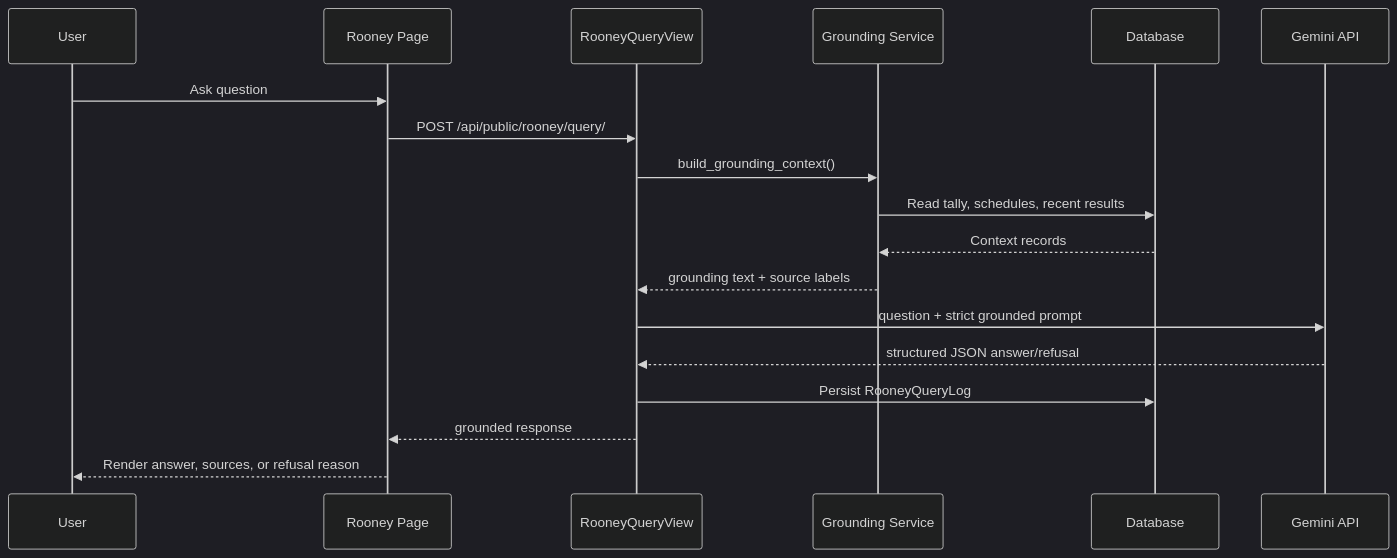
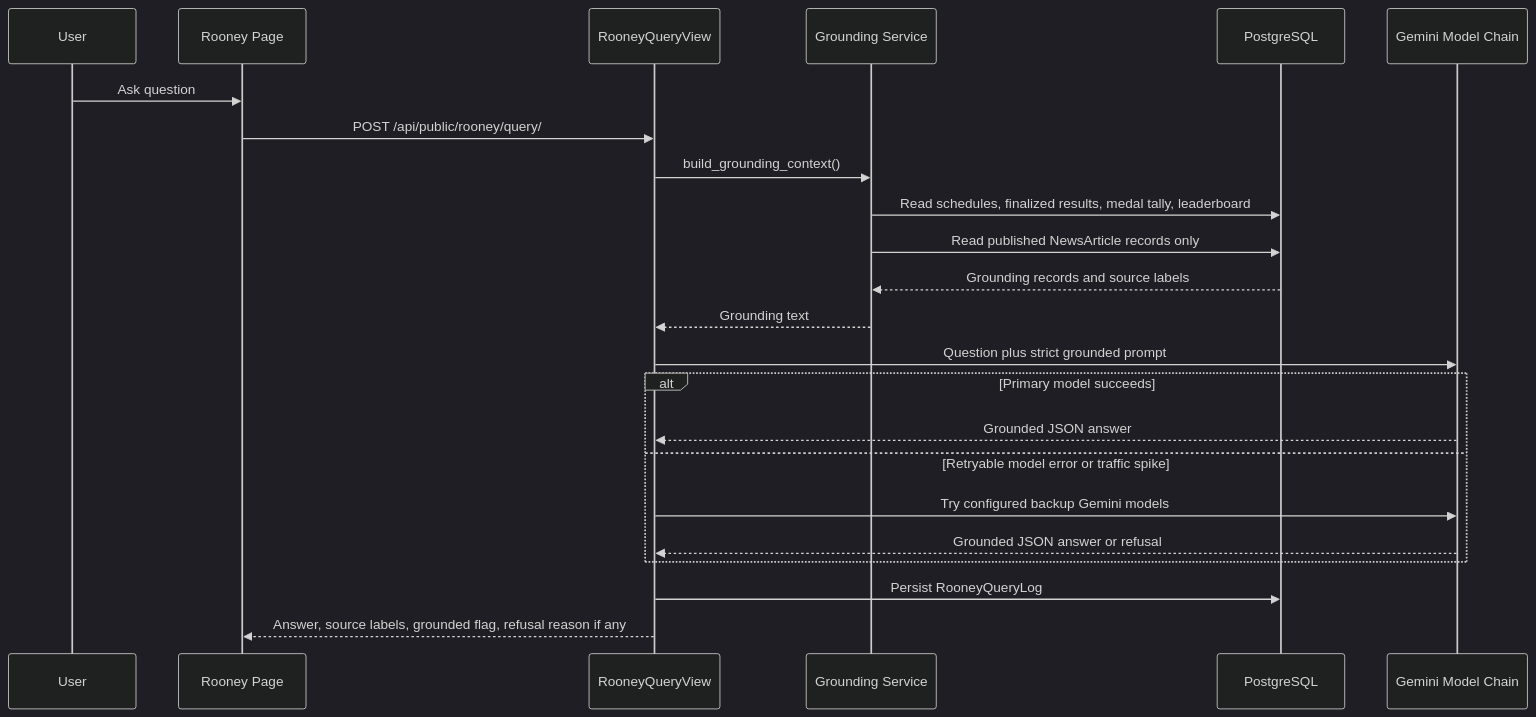
Diagram 13 of 14 in architecture/06-runtime-flows.md (avocadoise/EnvergaArena), drawn with Mermaid (dark theme) before and after one commit. The commit also changed other lines of this file and 1 other file, not shown here.

Commit message:
feat: enhance security documentation with detailed authentication flow and token management

````diff
--- a/architecture/06-runtime-flows.md
+++ b/architecture/06-runtime-flows.md
@@ -130,21 +319,26 @@
 ```mermaid
 sequenceDiagram
     participant U as User
     participant FE as Rooney Page
     participant API as RooneyQueryView
     participant G as Grounding Service
-    participant DB as Database
-    participant LLM as Gemini API
+    participant DB as PostgreSQL
+    participant LLM as Gemini Model Chain
 
     U->>FE: Ask question
     FE->>API: POST /api/public/rooney/query/
     API->>G: build_grounding_context()
-    G->>DB: Read tally, schedules, recent results
-    DB-->>G: Context records
-    G-->>API: grounding text + source labels
-    API->>LLM: question + strict grounded prompt
-    LLM-->>API: structured JSON answer/refusal
+    G->>DB: Read schedules, finalized results, medal tally, leaderboard
+    G->>DB: Read published NewsArticle records only
+    DB-->>G: Grounding records and source labels
+    G-->>API: Grounding text
+    API->>LLM: Question plus strict grounded prompt
+    alt Primary model succeeds
+        LLM-->>API: Grounded JSON answer
+    else Retryable model error or traffic spike
+        API->>LLM: Try configured backup Gemini models
+        LLM-->>API: Grounded JSON answer or refusal
+    end
     API->>DB: Persist RooneyQueryLog
-    API-->>FE: grounded response
-    FE-->>U: Render answer, sources, or refusal reason
+    API-->>FE: Answer, source labels, grounded flag, refusal reason if any
 ```
````
